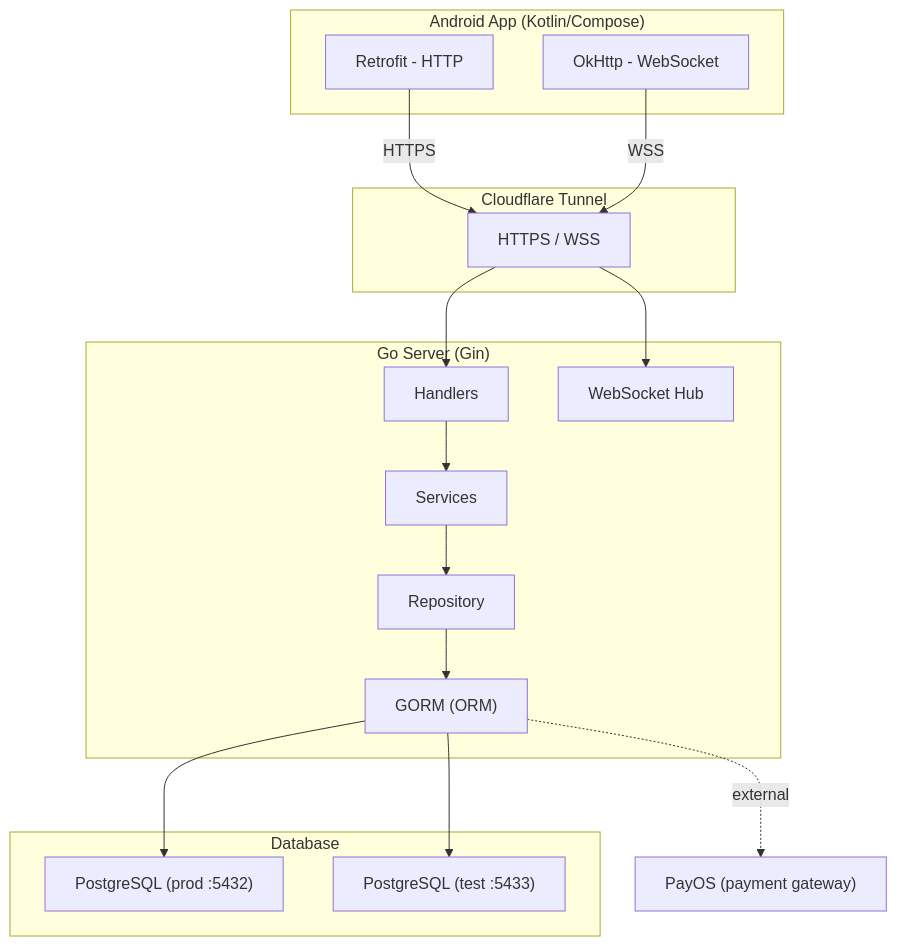
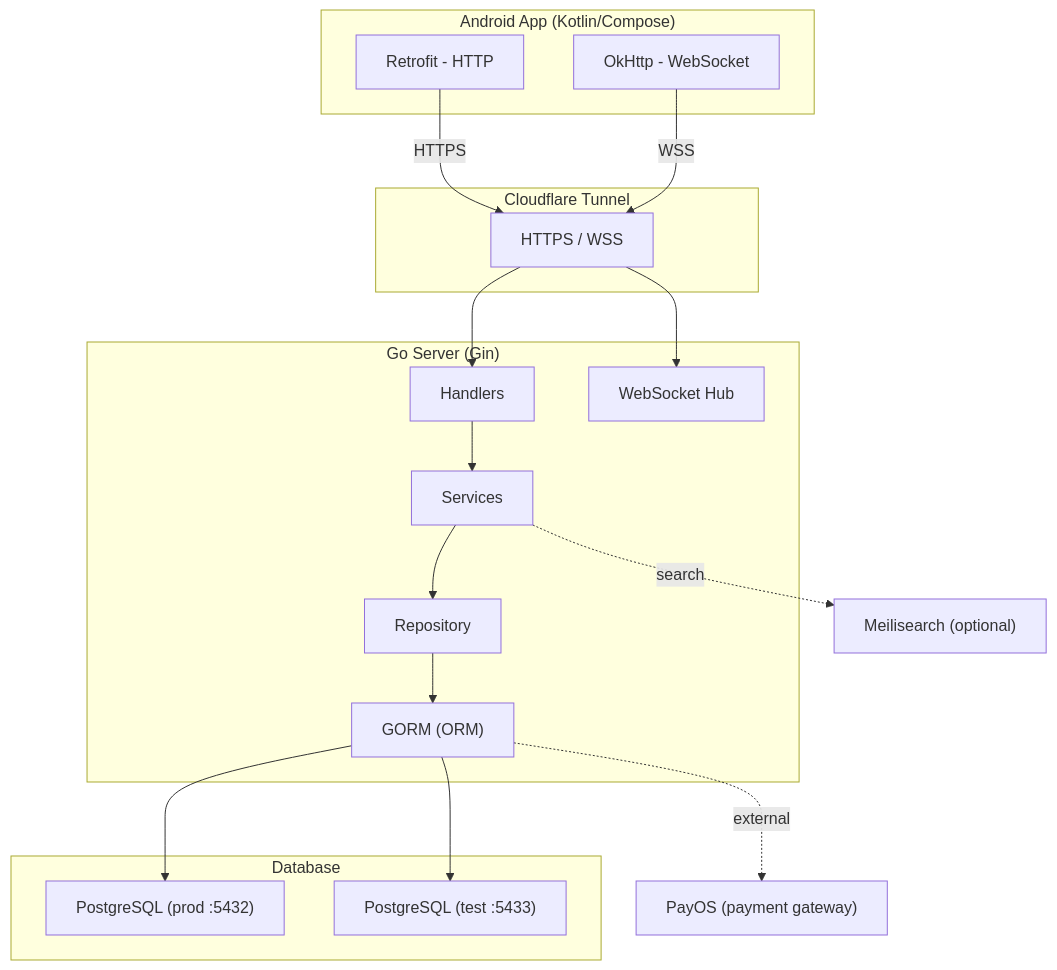
The first of 11 diagrams in docs/technical/SYSTEM_DESIGN.md (nhannht/viecz), drawn with Mermaid before and after one commit. The commit also changed other lines of this file and 18 other files, not shown here.

First line of the commit message:
feat: Add Meilisearch as optional search engine for marketplace (KNS-69)

````diff
--- a/docs/technical/SYSTEM_DESIGN.md
+++ b/docs/technical/SYSTEM_DESIGN.md
@@ -24,38 +25,40 @@
 ```mermaid
 graph TD
     subgraph AndroidApp["Android App (Kotlin/Compose)"]
         Retrofit["Retrofit - HTTP"]
         OkHttp["OkHttp - WebSocket"]
     end
 
     subgraph CloudflareTunnelSubgraph["Cloudflare Tunnel"]
         CloudflareTunnel["HTTPS / WSS"]
     end
 
     subgraph GoServer["Go Server (Gin)"]
         Handlers
         Services
         Repos["Repository"]
         WebSocketHub["WebSocket Hub"]
         GORM["GORM (ORM)"]
 
         Handlers --> Services
         Services --> Repos
         Repos --> GORM
     end
 
     subgraph Database
         PostgreSQL["PostgreSQL (prod :5432)"]
         PostgreSQLTest["PostgreSQL (test :5433)"]
     end
 
     PayOS["PayOS (payment gateway)"]
+    Meilisearch["Meilisearch (optional)"]
 
     Retrofit -->|HTTPS| CloudflareTunnel
     OkHttp -->|WSS| CloudflareTunnel
     CloudflareTunnel --> Handlers
     CloudflareTunnel --> WebSocketHub
     GORM --> PostgreSQL
     GORM --> PostgreSQLTest
     GORM -.->|external| PayOS
+    Services -.->|search| Meilisearch
 ```
````
